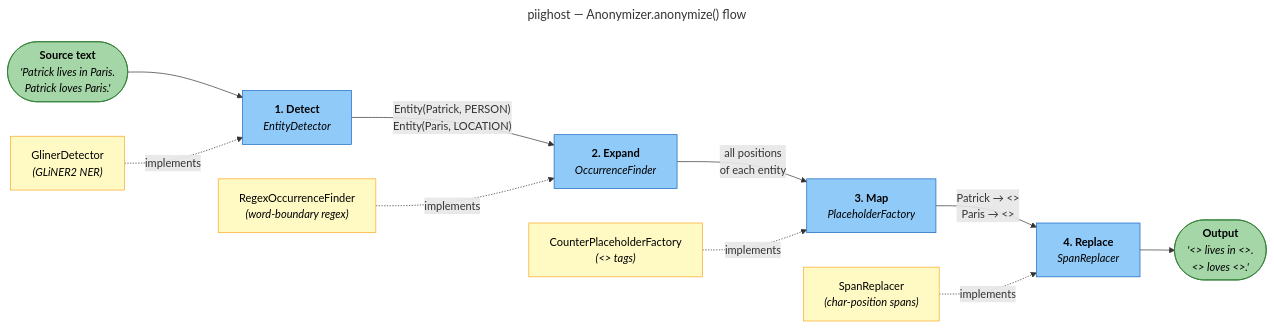
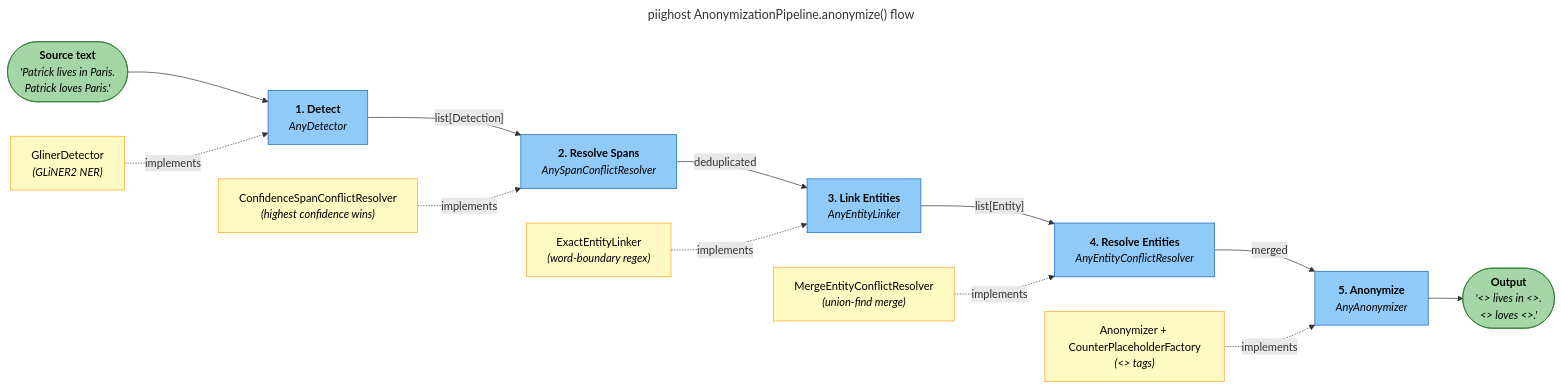
One commit to Athroniaeth/piighost changed the first of 2 diagrams in docs/en/architecture.md. Above: the diagram before and after it, drawn with Mermaid. The commit also changed other lines of this file and 32 other files, not shown here.

Commit message:
docs: rewrite all documentation for new architecture

````diff
--- a/docs/en/architecture.md
+++ b/docs/en/architecture.md
@@ -36,49 +43,52 @@
 ```mermaid
 ---
-title: "piighost — Anonymizer.anonymize() flow"
+title: "piighost AnonymizationPipeline.anonymize() flow"
 ---
 flowchart LR
     classDef stage fill:#90CAF9,stroke:#1565C0,color:#000
     classDef protocol fill:#FFF9C4,stroke:#F9A825,color:#000
     classDef data fill:#A5D6A7,stroke:#2E7D32,color:#000
 
     INPUT(["`**Source text**
     _'Patrick lives in Paris.
     Patrick loves Paris.'_`"]):::data
 
     DETECT["`**1. Detect**
-    _EntityDetector_`"]:::stage
-    EXPAND["`**2. Expand**
-    _OccurrenceFinder_`"]:::stage
-    MAP["`**3. Map**
-    _PlaceholderFactory_`"]:::stage
-    REPLACE["`**4. Replace**
-    _SpanReplacer_`"]:::stage
+    _AnyDetector_`"]:::stage
+    RESOLVE_SPANS["`**2. Resolve Spans**
+    _AnySpanConflictResolver_`"]:::stage
+    LINK["`**3. Link Entities**
+    _AnyEntityLinker_`"]:::stage
+    RESOLVE_ENTITIES["`**4. Resolve Entities**
+    _AnyEntityConflictResolver_`"]:::stage
+    ANONYMIZE["`**5. Anonymize**
+    _AnyAnonymizer_`"]:::stage
 
     OUTPUT(["`**Output**
     _'<<PERSON_1>> lives in <<LOCATION_1>>.
     <<PERSON_1>> loves <<LOCATION_1>>.'_`"]):::data
 
     INPUT --> DETECT
-    DETECT -- "Entity(Patrick, PERSON)
-    Entity(Paris, LOCATION)" --> EXPAND
-    EXPAND -- "all positions
-    of each entity" --> MAP
-    MAP -- "Patrick → <<PERSON_1>>
-    Paris → <<LOCATION_1>>" --> REPLACE
-    REPLACE --> OUTPUT
+    DETECT -- "list[Detection]" --> RESOLVE_SPANS
+    RESOLVE_SPANS -- "deduplicated" --> LINK
+    LINK -- "list[Entity]" --> RESOLVE_ENTITIES
+    RESOLVE_ENTITIES -- "merged" --> ANONYMIZE
+    ANONYMIZE --> OUTPUT
 
     P_DETECT["`GlinerDetector
     _(GLiNER2 NER)_`"]:::protocol
-    P_EXPAND["`RegexOccurrenceFinder
+    P_RESOLVE_SPANS["`ConfidenceSpanConflictResolver
+    _(highest confidence wins)_`"]:::protocol
+    P_LINK["`ExactEntityLinker
     _(word-boundary regex)_`"]:::protocol
-    P_MAP["`CounterPlaceholderFactory
+    P_RESOLVE_ENTITIES["`MergeEntityConflictResolver
+    _(union-find merge)_`"]:::protocol
+    P_ANONYMIZE["`Anonymizer + CounterPlaceholderFactory
     _(<<LABEL_N>> tags)_`"]:::protocol
-    P_REPLACE["`SpanReplacer
-    _(char-position spans)_`"]:::protocol
 
     P_DETECT -. "implements" .-> DETECT
-    P_EXPAND -. "implements" .-> EXPAND
-    P_MAP -. "implements" .-> MAP
-    P_REPLACE -. "implements" .-> REPLACE
+    P_RESOLVE_SPANS -. "implements" .-> RESOLVE_SPANS
+    P_LINK -. "implements" .-> LINK
+    P_RESOLVE_ENTITIES -. "implements" .-> RESOLVE_ENTITIES
+    P_ANONYMIZE -. "implements" .-> ANONYMIZE
 ```
````
